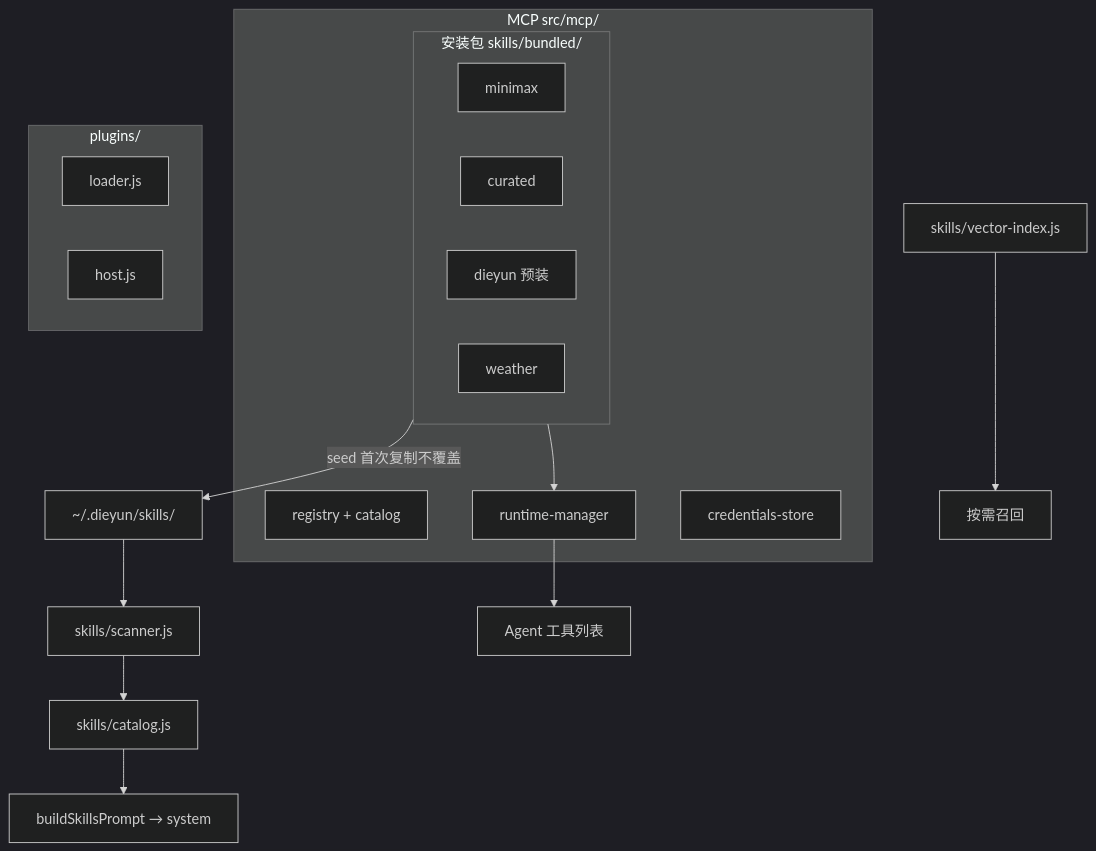
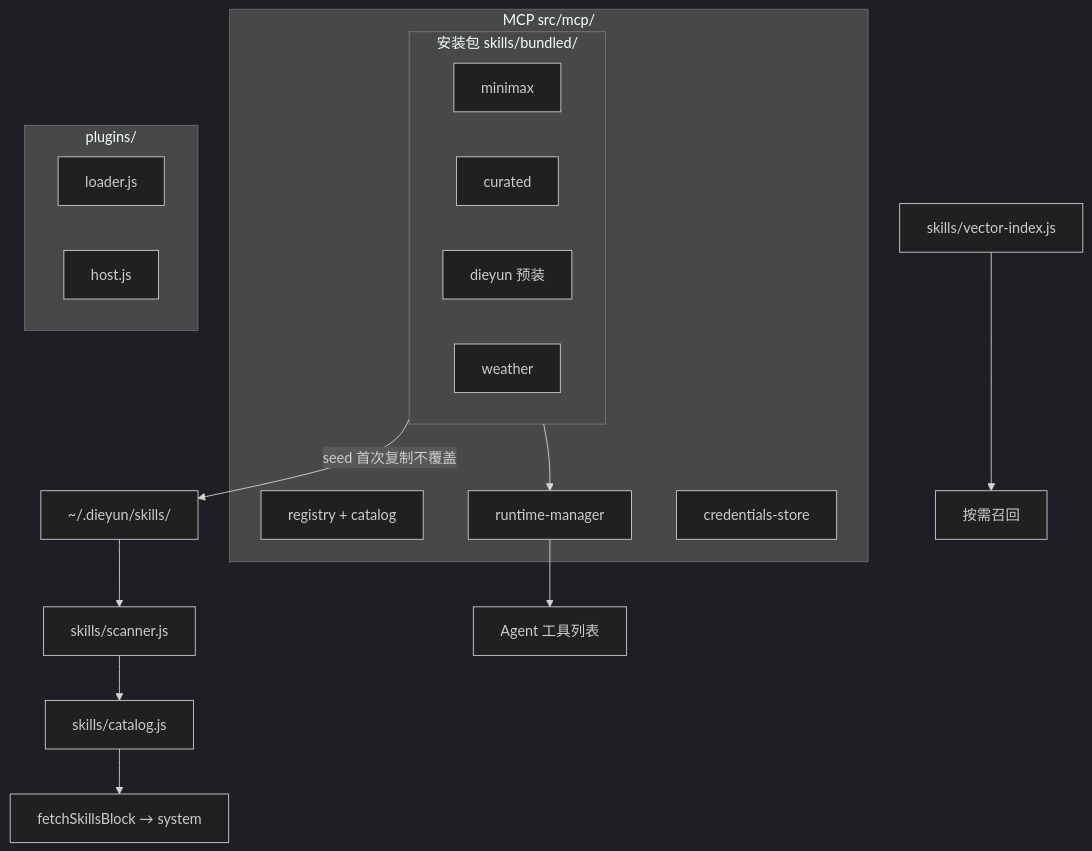
The tenth of 15 diagrams in docs/ARCHITECTURE.md (zuochamo/dieyunagent), drawn with Mermaid (dark theme) before and after one commit. The commit also changed other lines of this file and 8 other files, not shown here.

````diff
--- a/docs/ARCHITECTURE.md
+++ b/docs/ARCHITECTURE.md
@@ -476,30 +476,30 @@
 ```mermaid
 flowchart TB
   subgraph Bundled["安装包 skills/bundled/"]
     MiniMax[minimax]
     Curated[curated]
     Dieyun[dieyun 预装]
     Weather[weather]
   end
 
   Bundled -->|seed 首次复制不覆盖| Home["~/.dieyun/skills/"]
   Home --> Scan[skills/scanner.js]
   Scan --> Catalog[skills/catalog.js]
-  Catalog --> Prompt[buildSkillsPrompt → system]
+  Catalog --> Prompt[fetchSkillsBlock → system]
   VectorIdx[skills/vector-index.js] --> Recall[按需召回]
 
   subgraph MCPmod["MCP src/mcp/"]
     Registry[registry + catalog]
     Bundled[servers/dieyun-open-api 随包]
     Runtime[runtime-manager]
     Creds[credentials-store]
   end
 
   Bundled --> Runtime
   Runtime --> Tools[Agent 工具列表]
 
   subgraph Plugins["plugins/"]
     Loader[loader.js]
     Host[host.js]
   end
 ```
````
